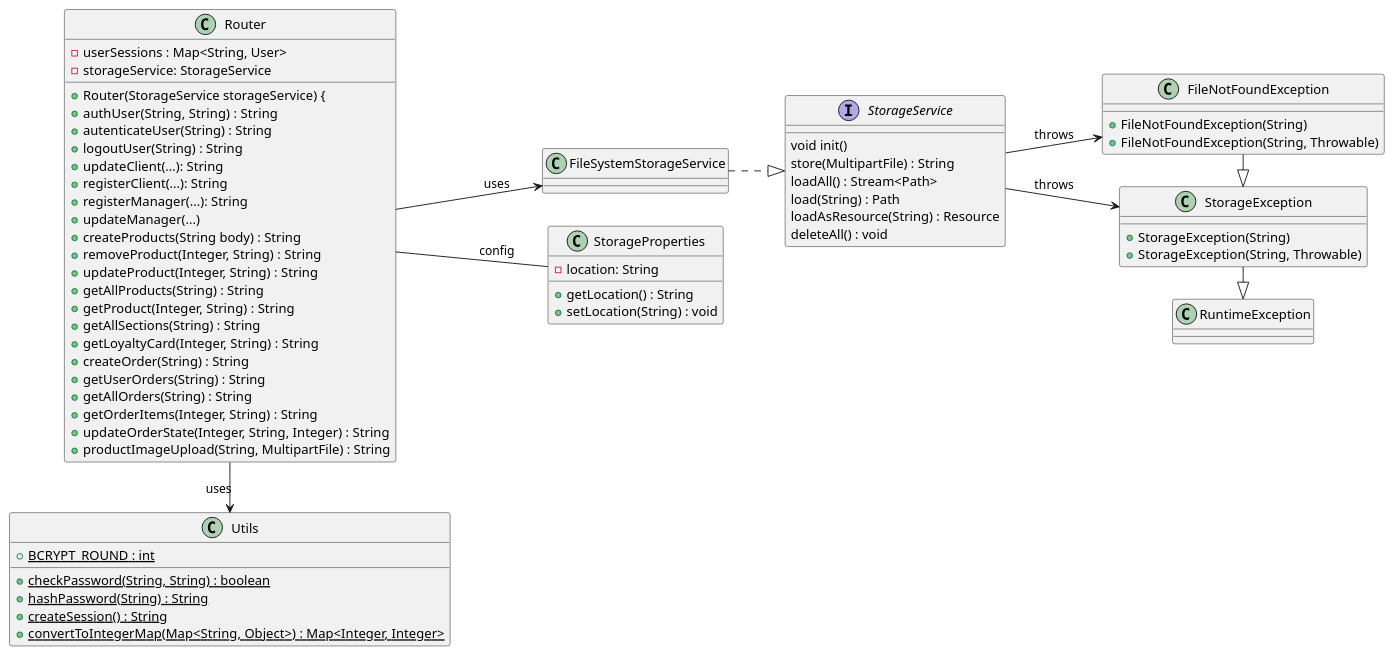
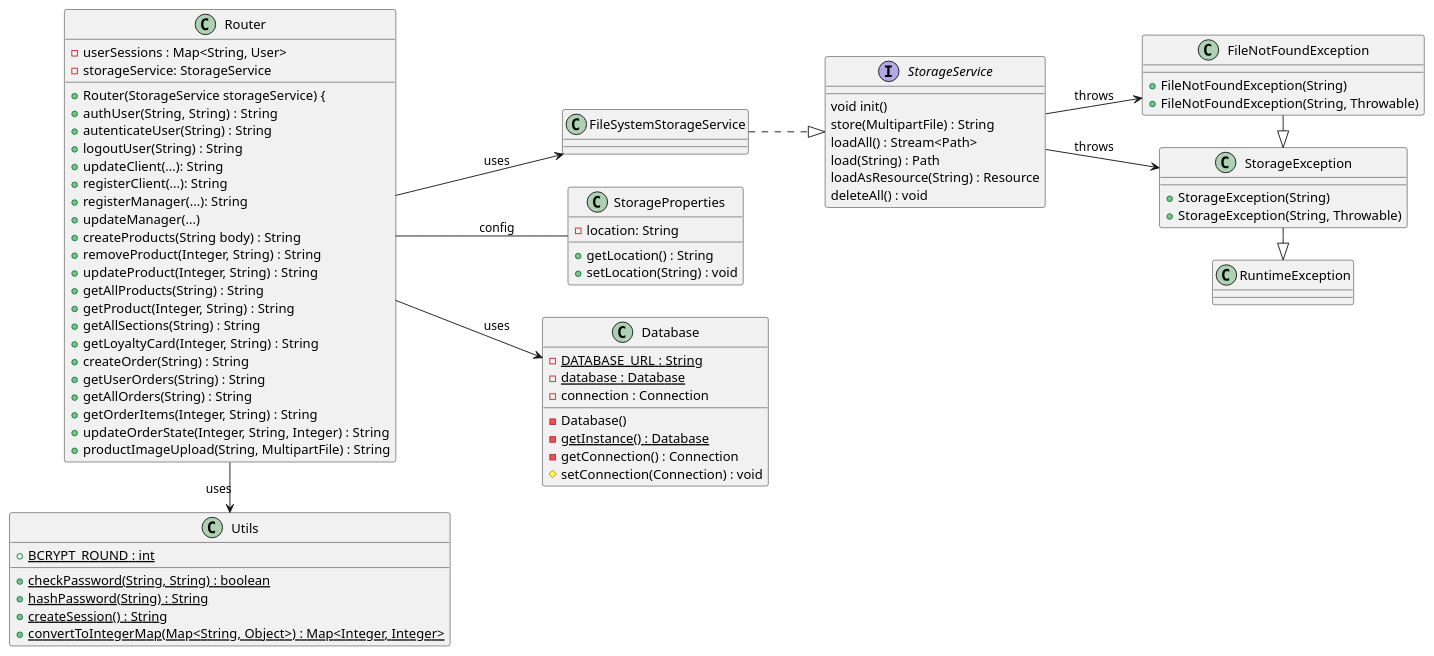
Before and after one commit to joshuachp/progetto_ingegneria_software: the diagram in docs/diagrams/class/final/router_class.puml, drawn with PlantUML. The commit also changed 2 other files, not shown here.

Commit message:
Added database model

```diff
--- a/docs/diagrams/class/final/router_class.puml
+++ b/docs/diagrams/class/final/router_class.puml
@@ -1,75 +1,86 @@
 @startuml
 
 class Router {
   - userSessions : Map<String, User>
   - storageService: StorageService 
   + Router(StorageService storageService) {
   + authUser(String,  String) : String 
   + autenticateUser(String) : String 
   + logoutUser(String) : String 
   + updateClient(...): String 
   + registerClient(...): String 
   + registerManager(...): String 
   + updateManager(...)
   + createProducts(String body) : String 
   + removeProduct(Integer, String) : String 
   + updateProduct(Integer, String) : String 
   + getAllProducts(String) : String 
   + getProduct(Integer, String) : String 
   + getAllSections(String) : String 
   + getLoyaltyCard(Integer, String) : String 
   + createOrder(String) : String 
   + getUserOrders(String) : String 
   + getAllOrders(String) : String 
   + getOrderItems(Integer, String) : String 
   + updateOrderState(Integer, String, Integer) : String 
   + productImageUpload(String, MultipartFile) : String 
 }
 
 class FileSystemStorageService {
 }
 
 class FileNotFoundException {
   + FileNotFoundException(String)
   + FileNotFoundException(String, Throwable)
 }
 
 class StorageProperties {
   - location: String 
   + getLocation() : String 
   + setLocation(String) : void 
 }
 
 class StorageException {
   + StorageException(String)
   + StorageException(String, Throwable)
 }
 
 interface StorageService {
   void init()
   store(MultipartFile) : String
   loadAll() : Stream<Path>
   load(String) : Path
   loadAsResource(String) : Resource
   deleteAll() : void
 
 }
 
 class Utils {
   + {static}  BCRYPT_ROUND : int 
   + {static} checkPassword(String, String) : boolean 
   + {static} hashPassword(String) : String 
   + {static} createSession() : String 
   + {static} convertToIntegerMap(Map<String, Object>) : Map<Integer, Integer>
 }
 
+class Database {
+  - {static} DATABASE_URL : String
+  - {static} database : Database
+  - connection : Connection 
+  - Database()
+  - {static} getInstance() : Database
+  - getConnection() : Connection 
+  # setConnection(Connection) : void
+}
+
 left to right direction
 Router -> Utils : uses
+Router --> Database : uses
 Router -- StorageProperties : config
 Router --> FileSystemStorageService : uses
 FileSystemStorageService ..|> StorageService
 StorageService --> StorageException : throws
 StorageService --> FileNotFoundException : throws
 FileNotFoundException -|> StorageException
 StorageException -|> RuntimeException 
 @enduml
```
